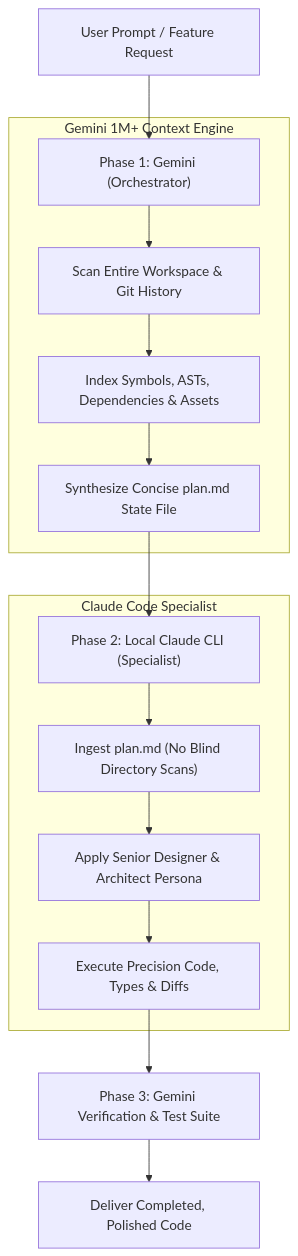
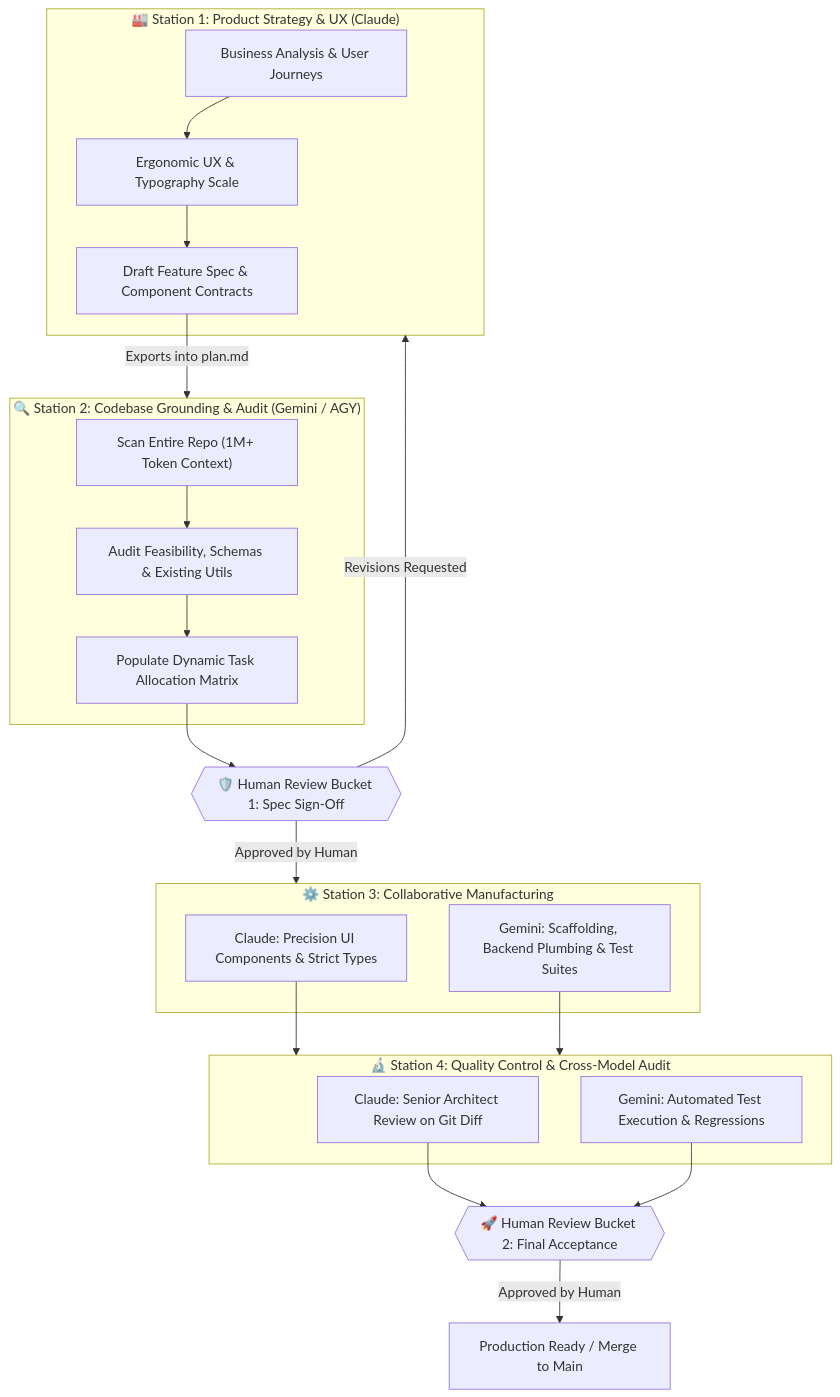
Before and after one commit to deresegetachew/my-skills: the diagram in collaborate-with-claude/SKILL.md, drawn with Mermaid. The commit also changed other lines of this file and 2 other files, not shown here.

Commit message:
feat: embed Software Factory lifecycle, architecture diagram, and Human Review Buckets

````diff
--- a/collaborate-with-claude/SKILL.md
+++ b/collaborate-with-claude/SKILL.md
@@ -37,21 +39,35 @@
 ```mermaid
 flowchart TD
-    User["User Prompt / Feature Request"] --> Gemini["Phase 1: Gemini (Orchestrator)"]
-    
-    subgraph G [Gemini 1M+ Context Engine]
-        Gemini --> Scan["Scan Entire Workspace & Git History"]
-        Scan --> Index["Index Symbols, ASTs, Dependencies & Assets"]
-        Index --> Draft["Synthesize Concise plan.md State File"]
+    subgraph Station1 ["🏭 Station 1: Product Strategy & UX (Claude)"]
+        Req["Business Analysis & User Journeys"] --> UX["Ergonomic UX & Typography Scale"]
+        UX --> Spec["Draft Feature Spec & Component Contracts"]
     end
-    
-    Draft --> Claude["Phase 2: Local Claude CLI (Specialist)"]
-    
-    subgraph C [Claude Code Specialist]
-        Claude --> ReadPlan["Ingest plan.md (No Blind Directory Scans)"]
-        ReadPlan --> Design["Apply Senior Designer & Architect Persona"]
-        Design --> Exec["Execute Precision Code, Types & Diffs"]
+
+    Spec -->|"Exports into plan.md"| Station2
+
+    subgraph Station2 ["🔍 Station 2: Codebase Grounding & Audit (Gemini / AGY)"]
+        Scan["Scan Entire Repo (1M+ Token Context)"] --> Audit["Audit Feasibility, Schemas & Existing Utils"]
+        Audit --> Matrix["Populate Dynamic Task Allocation Matrix"]
     end
-    
-    Exec --> Verify["Phase 3: Gemini Verification & Test Suite"]
-    Verify --> Done["Deliver Completed, Polished Code"]
+
+    Matrix --> Gate1{{"🛡️ Human Review Bucket 1: Spec Sign-Off"}}
+    Gate1 -->|"Approved by Human"| Station3
+    Gate1 -->|"Revisions Requested"| Station1
+
+    subgraph Station3 ["⚙️ Station 3: Collaborative Manufacturing"]
+        ClaudeCode["Claude: Precision UI Components & Strict Types"]
+        GeminiCode["Gemini: Scaffolding, Backend Plumbing & Test Suites"]
+    end
+
+    ClaudeCode --> Station4
+    GeminiCode --> Station4
+
+    subgraph Station4 ["🔬 Station 4: Quality Control & Cross-Model Audit"]
+        DiffRev["Claude: Senior Architect Review on Git Diff"]
+        TestRun["Gemini: Automated Test Execution & Regressions"]
+    end
+
+    DiffRev --> Gate2{{"🚀 Human Review Bucket 2: Final Acceptance"}}
+    TestRun --> Gate2
+    Gate2 -->|"Approved by Human"| Done["Production Ready / Merge to Main"]
 ```
````
